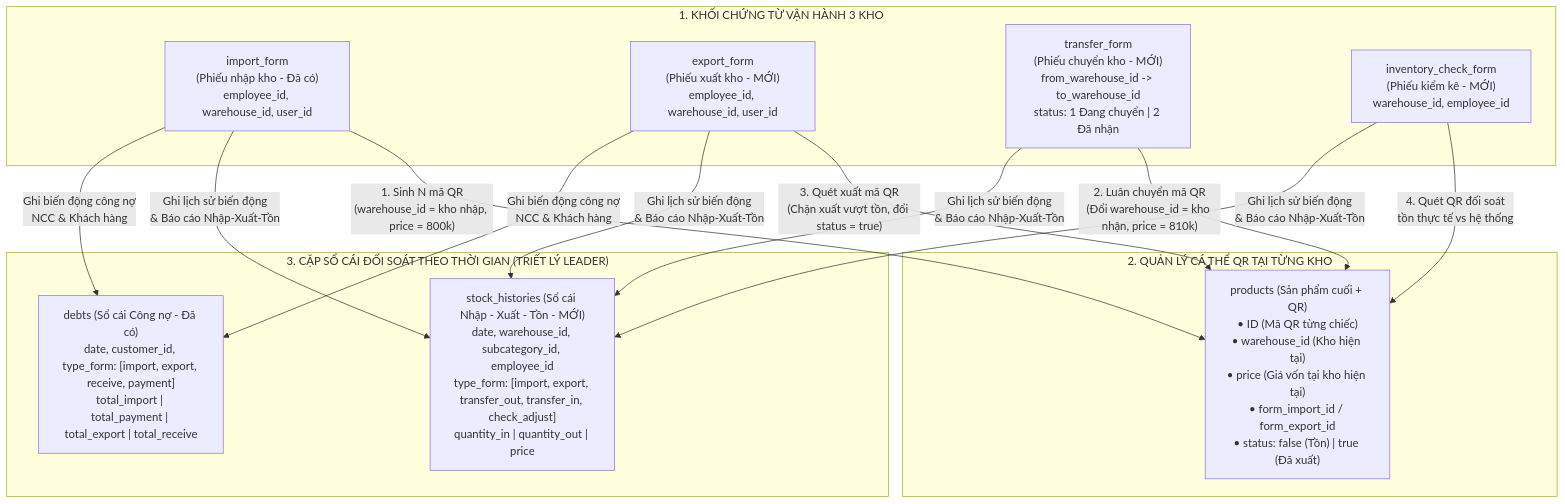
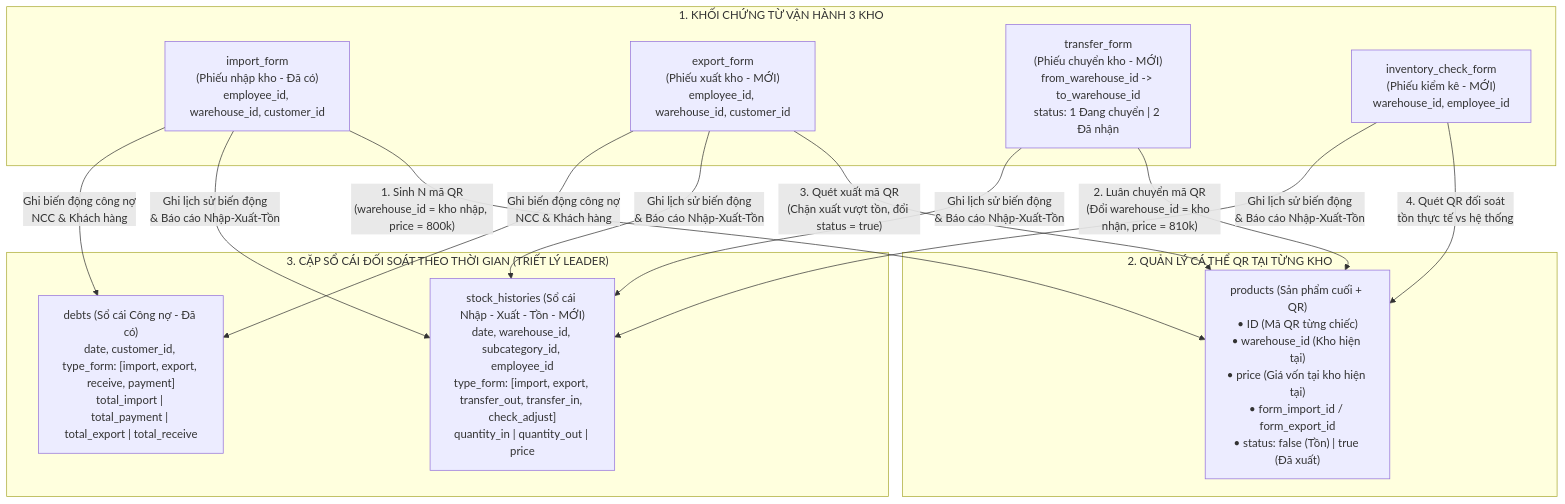
One commit to hungnm3112/Project-A changed the first of 2 diagrams in md/LessonTwo/tu-duy-nang-cap-db-quan-ly-3-kho.md. Above: the diagram before and after it, drawn with Mermaid. The commit also changed other lines of this file and 12 other files, not shown here.

````diff
--- a/md/LessonTwo/tu-duy-nang-cap-db-quan-ly-3-kho.md
+++ b/md/LessonTwo/tu-duy-nang-cap-db-quan-ly-3-kho.md
@@ -47,26 +47,26 @@
 ```mermaid
 flowchart TD
     subgraph ChungTuKho["1. KHỐI CHỨNG TỪ VẬN HÀNH 3 KHO"]
-        IMP["import_form\n(Phiếu nhập kho - Đã có)\nemployee_id, warehouse_id, user_id"]
-        EXP["export_form\n(Phiếu xuất kho - MỚI)\nemployee_id, warehouse_id, user_id"]
+        IMP["import_form\n(Phiếu nhập kho - Đã có)\nemployee_id, warehouse_id, customer_id"]
+        EXP["export_form\n(Phiếu xuất kho - MỚI)\nemployee_id, warehouse_id, customer_id"]
         TRF["transfer_form\n(Phiếu chuyển kho - MỚI)\nfrom_warehouse_id -> to_warehouse_id\nstatus: 1 Đang chuyển | 2 Đã nhận"]
         CHK["inventory_check_form\n(Phiếu kiểm kê - MỚI)\nwarehouse_id, employee_id"]
     end
 
     subgraph SanPhamQR["2. QUẢN LÝ CÁ THỂ QR TẠI TỪNG KHO"]
         PROD["products (Sản phẩm cuối + QR)\n• ID (Mã QR từng chiếc)\n• warehouse_id (Kho hiện tại)\n• price (Giá vốn tại kho hiện tại)\n• form_import_id / form_export_id\n• status: false (Tồn) | true (Đã xuất)"]
     end
 
     subgraph SoCai["3. CẶP SỔ CÁI ĐỐI SOÁT THEO THỜI GIAN (TRIẾT LÝ LEADER)"]
         HIST["stock_histories (Sổ cái Nhập - Xuất - Tồn - MỚI)\ndate, warehouse_id, subcategory_id, employee_id\ntype_form: [import, export, transfer_out, transfer_in, check_adjust]\nquantity_in | quantity_out | price"]
         DEBT["debts (Sổ cái Công nợ - Đã có)\ndate, customer_id, type_form: [import, export, receive, payment]\ntotal_import | total_payment | total_export | total_receive"]
     end
 
     IMP -->|"1. Sinh N mã QR\n(warehouse_id = kho nhập, price = 800k)"| PROD
     TRF -->|"2. Luân chuyển mã QR\n(Đổi warehouse_id = kho nhận, price = 810k)"| PROD
     EXP -->|"3. Quét xuất mã QR\n(Chặn xuất vượt tồn, đổi status = true)"| PROD
     CHK -->|"4. Quét QR đối soát\ntồn thực tế vs hệ thống"| PROD
 
     IMP & EXP & TRF & CHK -->|"Ghi lịch sử biến động\n& Báo cáo Nhập-Xuất-Tồn"| HIST
     IMP & EXP -->|"Ghi biến động công nợ\nNCC & Khách hàng"| DEBT
 ```
````
